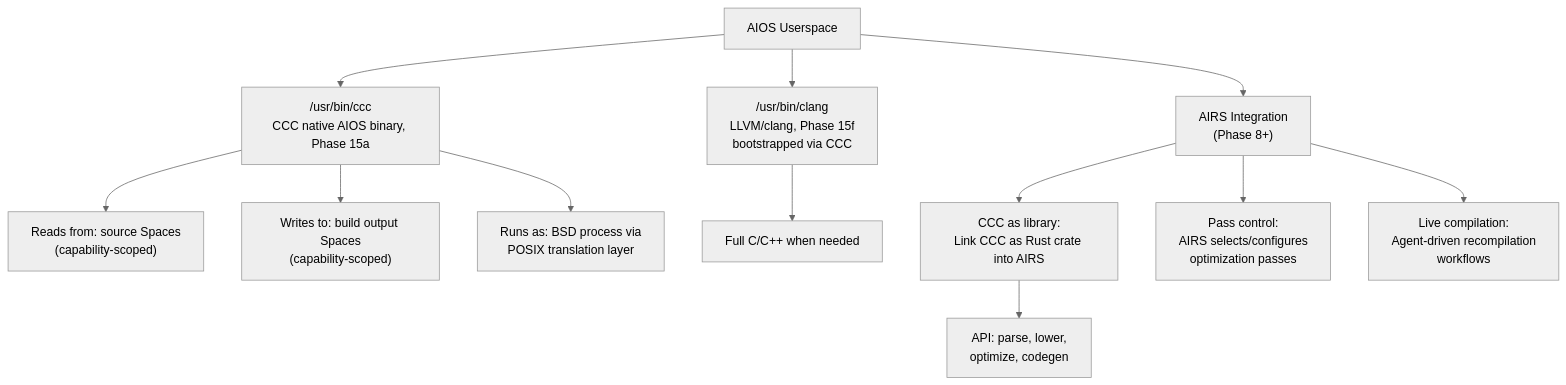
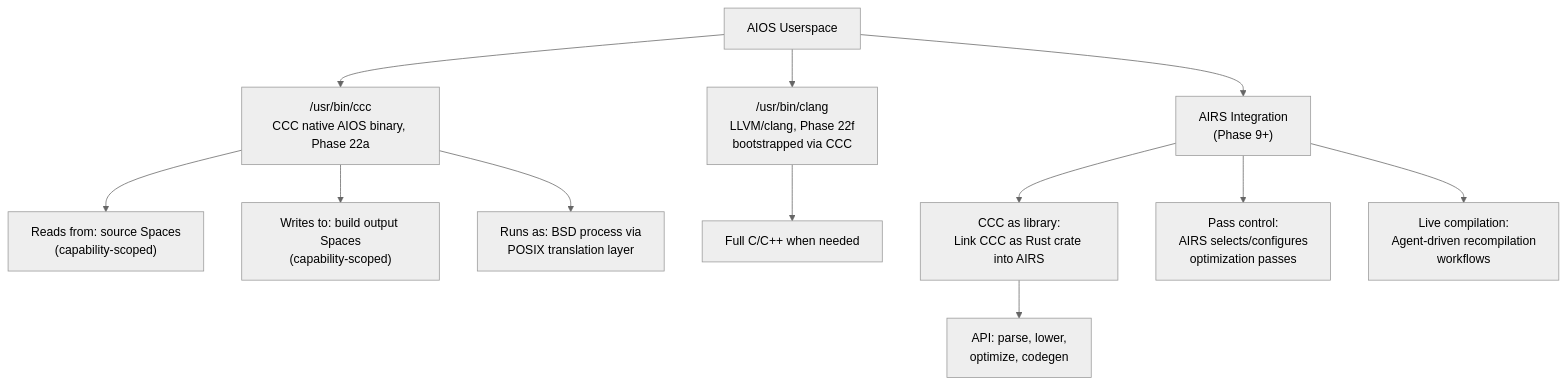
The sixth of 7 diagrams in docs/project/ccc-integration-analysis.md (juslee/aios), drawn with Mermaid (neutral theme) before and after one commit. The commit also changed other lines of this file and 94 other files, not shown here.

````diff
--- a/docs/project/ccc-integration-analysis.md
+++ b/docs/project/ccc-integration-analysis.md
@@ -262,18 +262,18 @@
 ```mermaid
 flowchart TD
     US[AIOS Userspace]
 
-    US --> CCC["/usr/bin/ccc<br>CCC native AIOS binary, Phase 15a"]
+    US --> CCC["/usr/bin/ccc<br>CCC native AIOS binary, Phase 22a"]
     CCC --> CCC_R["Reads from: source Spaces<br>(capability-scoped)"]
     CCC --> CCC_W["Writes to: build output Spaces<br>(capability-scoped)"]
     CCC --> CCC_P["Runs as: BSD process via<br>POSIX translation layer"]
 
-    US --> CLANG["/usr/bin/clang<br>LLVM/clang, Phase 15f<br>bootstrapped via CCC"]
+    US --> CLANG["/usr/bin/clang<br>LLVM/clang, Phase 22f<br>bootstrapped via CCC"]
     CLANG --> CLANG_D["Full C/C++ when needed"]
 
-    US --> AIRS["AIRS Integration<br>(Phase 8+)"]
+    US --> AIRS["AIRS Integration<br>(Phase 9+)"]
     AIRS --> LIB["CCC as library:<br>Link CCC as Rust crate into AIRS"]
     LIB --> API["API: parse, lower,<br>optimize, codegen"]
     AIRS --> PASS["Pass control:<br>AIRS selects/configures<br>optimization passes"]
     AIRS --> LIVE["Live compilation:<br>Agent-driven recompilation<br>workflows"]
 ```
````
